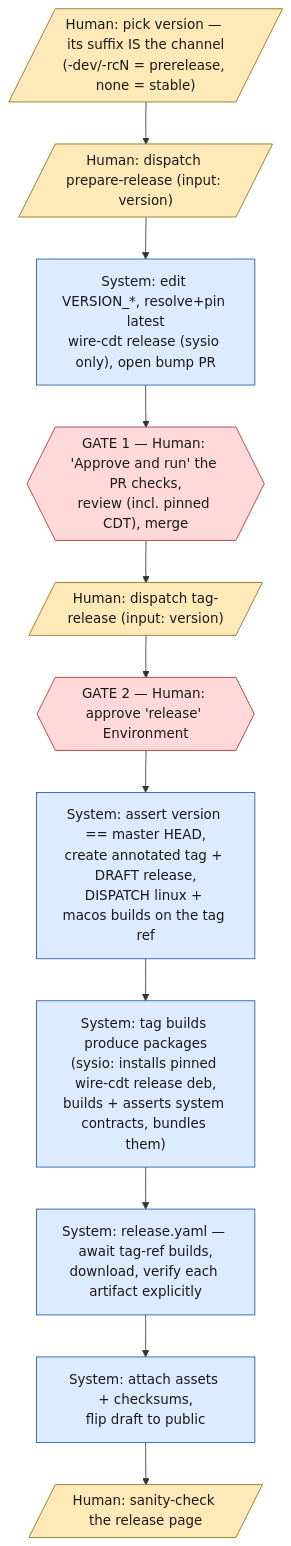
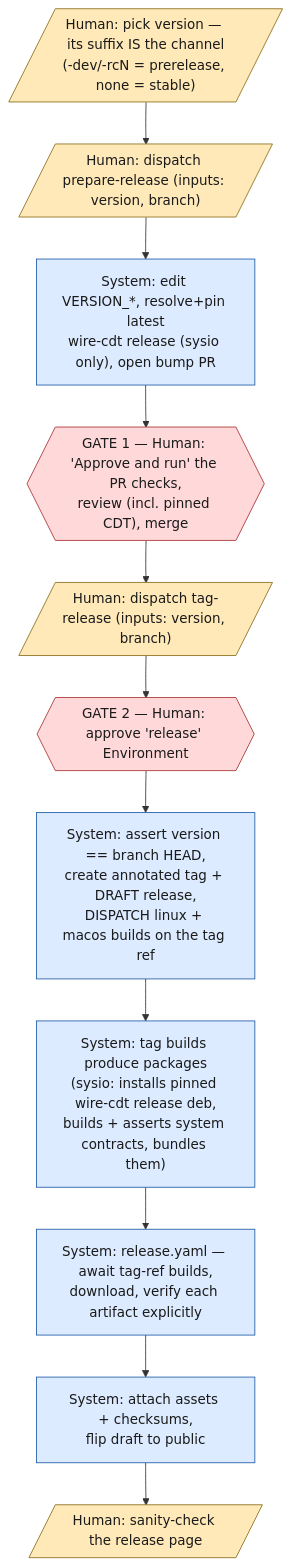
One commit to Wire-Network/wire-cdt changed the first of 2 diagrams in docs/release-workflow.md. Above: the diagram before and after it, drawn with Mermaid. The commit also changed other lines of this file and 7 other files, not shown here.

First line of the commit message:
ci: prepare, tag and publish releases on release/<major>.<minor> branches

````diff
--- a/docs/release-workflow.md
+++ b/docs/release-workflow.md
@@ -118,20 +157,20 @@
 ```mermaid
 flowchart TD
     classDef human fill:#FFE9B8,stroke:#8a6d1a,color:#1a1a1a
     classDef system fill:#DCEBFF,stroke:#1e5aa8,color:#1a1a1a
     classDef gate fill:#FFD9D9,stroke:#a83232,color:#1a1a1a
 
     H1[/"Human: pick version — its suffix IS the channel<br>(-dev/-rcN = prerelease, none = stable)"/]:::human
-    H2[/"Human: dispatch prepare-release (input: version)"/]:::human
+    H2[/"Human: dispatch prepare-release (inputs: version, branch)"/]:::human
     S1["System: edit VERSION_*, resolve+pin latest<br>wire-cdt release (sysio only), open bump PR"]:::system
     G1{{"GATE 1 — Human: 'Approve and run' the PR checks,<br>review (incl. pinned CDT), merge"}}:::gate
-    H3[/"Human: dispatch tag-release (input: version)"/]:::human
+    H3[/"Human: dispatch tag-release (inputs: version, branch)"/]:::human
     G2{{"GATE 2 — Human: approve 'release' Environment"}}:::gate
-    S3["System: assert version == master HEAD,<br>create annotated tag + DRAFT release,<br>DISPATCH linux + macos builds on the tag ref"]:::system
+    S3["System: assert version == branch HEAD,<br>create annotated tag + DRAFT release,<br>DISPATCH linux + macos builds on the tag ref"]:::system
     S4["System: tag builds produce packages<br>(sysio: installs pinned wire-cdt release deb,<br>builds + asserts system contracts, bundles them)"]:::system
     S6["System: release.yaml — await tag-ref builds,<br>download, verify each artifact explicitly"]:::system
     S7["System: attach assets + checksums,<br>flip draft to public"]:::system
     H4[/"Human: sanity-check the release page"/]:::human
 
     H1 --> H2 --> S1 --> G1 --> H3 --> G2 --> S3 --> S4 --> S6 --> S7 --> H4
 ```
````
